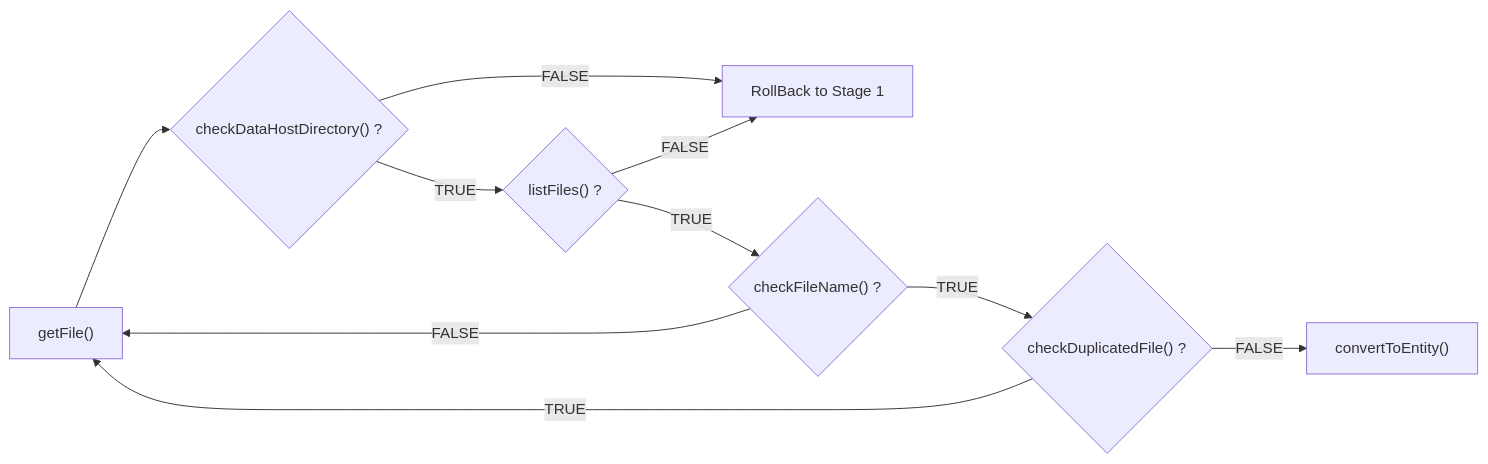
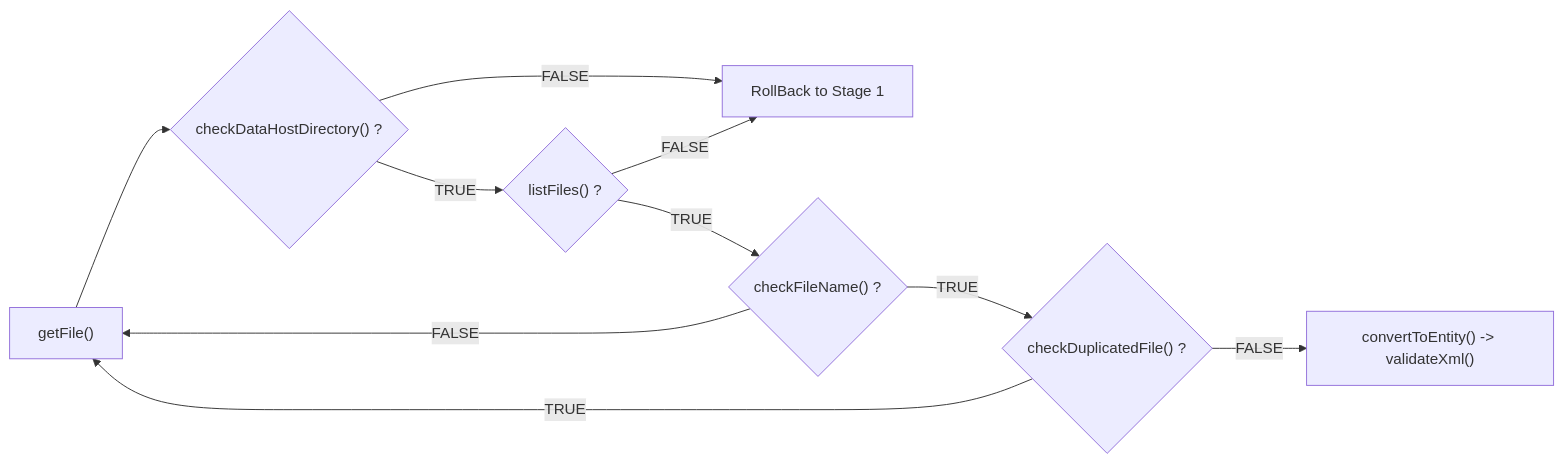
One commit to luthfiadityaa/SimeDarby-Wiki changed the seventh of 7 diagrams in Basic-Design/Host-Interfaces.md. Above: the diagram before and after it, drawn with Mermaid.

Commit message:
Updated Host Interfaces

```diff
--- a/Basic-Design/Host-Interfaces.md
+++ b/Basic-Design/Host-Interfaces.md
@@ -545,12 +545,12 @@
 ::: mermaid
 flowchart LR
  C1["getFile()"] --> Cond1{"checkDataHostDirectory() ?"}
  Cond1 --> |FALSE| C3[RollBack to Stage 1]
  Cond1 --> |TRUE| Cond2{"listFiles() ?"}  
  Cond2 --> |FALSE| C3
  Cond2 --> |TRUE| Cond3{"checkFileName() ?"} 
  Cond3 --> |FALSE| C1
  Cond3 --> |TRUE| Cond4{"checkDuplicatedFile() ?"} 
  Cond4 --> |TRUE| C1
- Cond4 --> |FALSE| C4["convertToEntity()"]
+ Cond4 --> |FALSE| C4["convertToEntity() -> validateXml()"]
 :::
```
